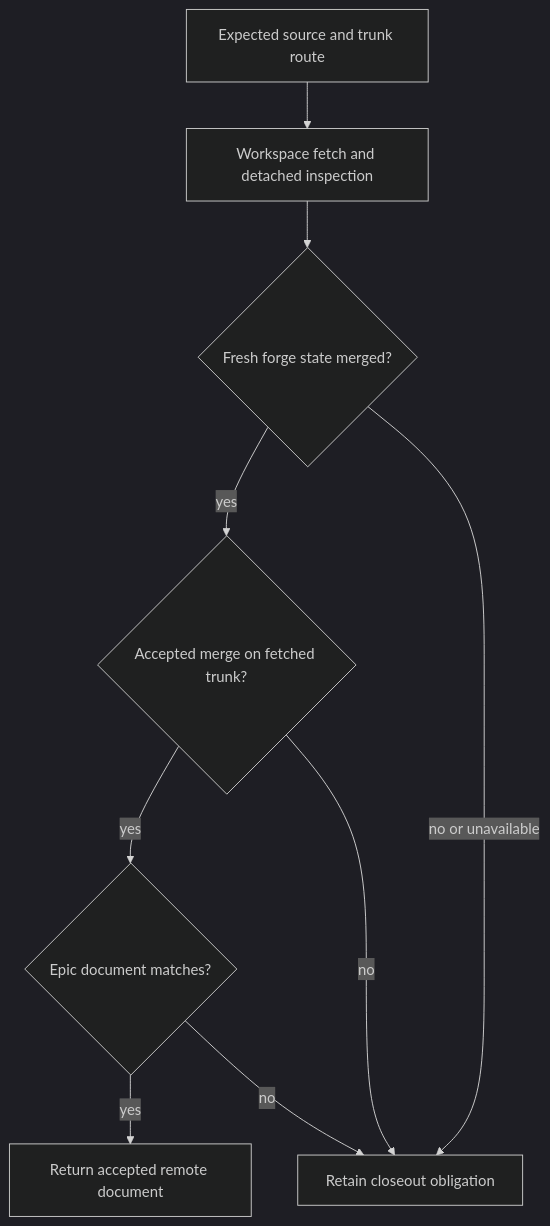
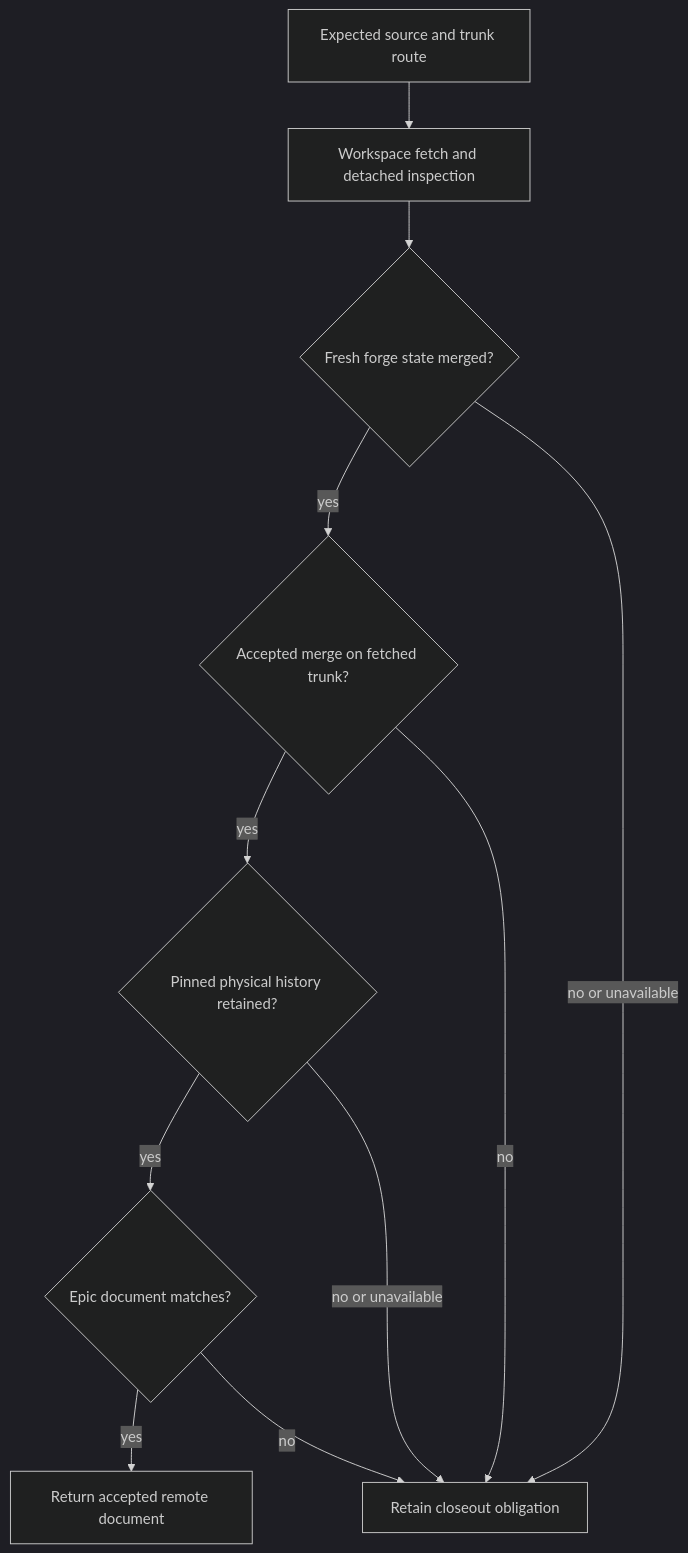
One commit to vincentc-b/CascadeCode changed the second of 2 diagrams in cascade/boss/DESIGN.md. Above: the diagram before and after it, drawn with Mermaid (dark theme). The commit also changed other lines of this file and 13 other files, not shown here.

````diff
--- a/cascade/boss/DESIGN.md
+++ b/cascade/boss/DESIGN.md
@@ -161,11 +165,13 @@
 ```mermaid
 flowchart TD
     Route[Expected source and trunk route] --> Fetch[Workspace fetch and detached inspection]
     Fetch --> Forge{Fresh forge state merged?}
     Forge -->|yes| Ancestor{Accepted merge on fetched trunk?}
-    Ancestor -->|yes| Document{Epic document matches?}
+    Ancestor -->|yes| History{Pinned physical history retained?}
+    History -->|yes| Document{Epic document matches?}
     Document -->|yes| Accept[Return accepted remote document]
     Forge -->|no or unavailable| Wait[Retain closeout obligation]
     Ancestor -->|no| Wait
+    History -->|no or unavailable| Wait
     Document -->|no| Wait
 ```
````
